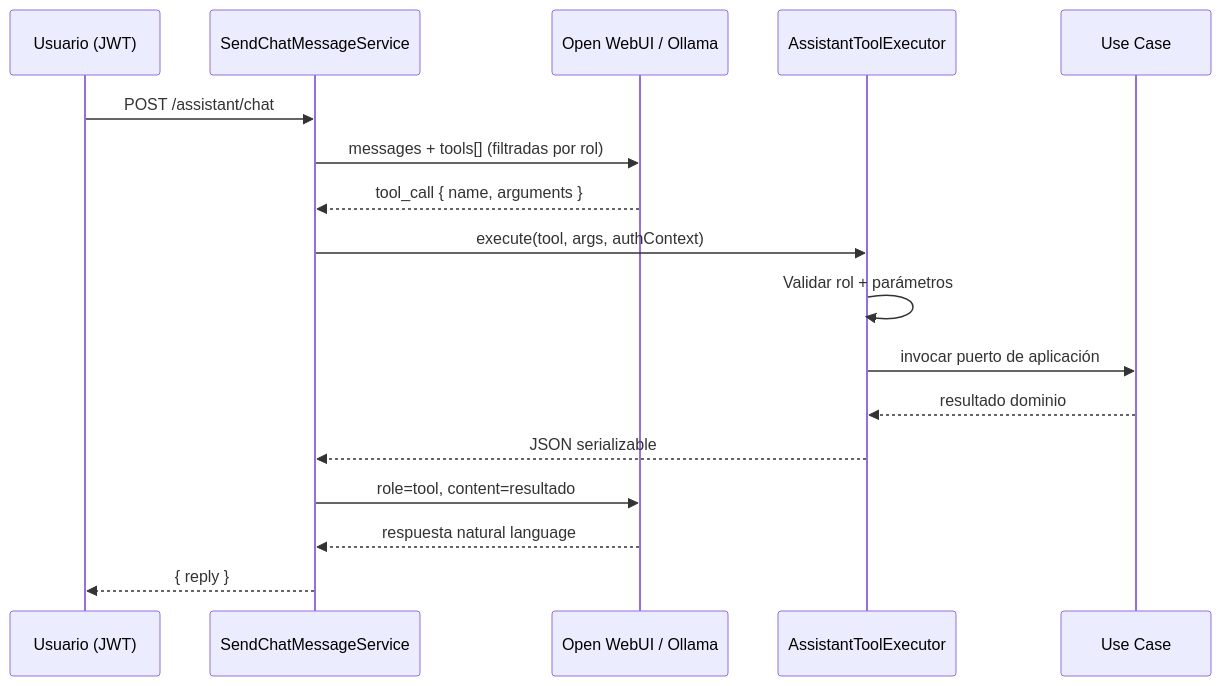
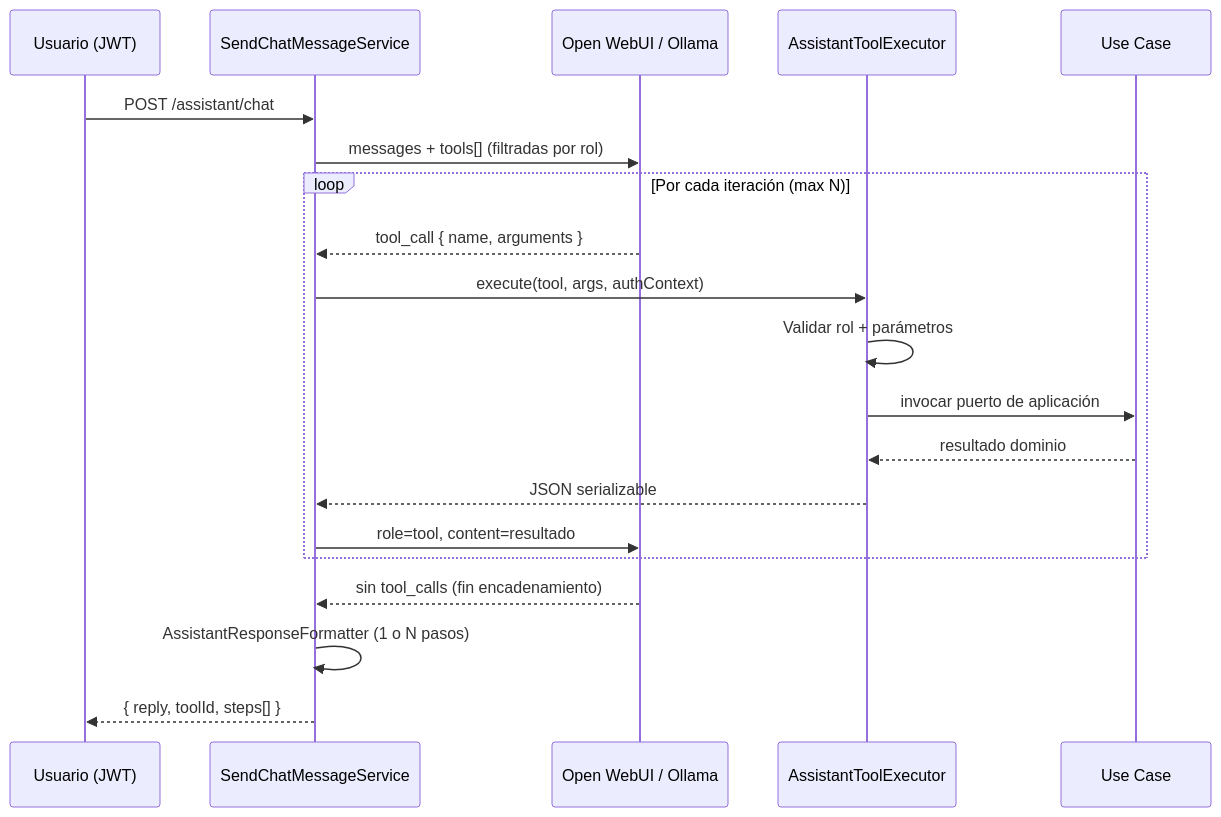
One commit to AcredIA-UMSS/sigesa-acreditacion-umss changed the first of 2 diagrams in docs/design/assistant/TOOL-CATALOG.md. Above: the diagram before and after it, drawn with Mermaid. The commit also changed other lines of this file and 73 other files, not shown here.

````diff
--- a/docs/design/assistant/TOOL-CATALOG.md
+++ b/docs/design/assistant/TOOL-CATALOG.md
@@ -32,20 +32,23 @@
 ```mermaid
 sequenceDiagram
   participant U as Usuario (JWT)
   participant BE as SendChatMessageService
   participant LLM as Open WebUI / Ollama
   participant EX as AssistantToolExecutor
   participant UC as Use Case
 
   U->>BE: POST /assistant/chat
   BE->>LLM: messages + tools[] (filtradas por rol)
-  LLM-->>BE: tool_call { name, arguments }
-  BE->>EX: execute(tool, args, authContext)
-  EX->>EX: Validar rol + parámetros
-  EX->>UC: invocar puerto de aplicación
-  UC-->>EX: resultado dominio
-  EX-->>BE: JSON serializable
-  BE->>LLM: role=tool, content=resultado
-  LLM-->>BE: respuesta natural language
-  BE-->>U: { reply }
+  loop Por cada iteración (max N)
+    LLM-->>BE: tool_call { name, arguments }
+    BE->>EX: execute(tool, args, authContext)
+    EX->>EX: Validar rol + parámetros
+    EX->>UC: invocar puerto de aplicación
+    UC-->>EX: resultado dominio
+    EX-->>BE: JSON serializable
+    BE->>LLM: role=tool, content=resultado
+  end
+  LLM-->>BE: sin tool_calls (fin encadenamiento)
+  BE->>BE: AssistantResponseFormatter (1 o N pasos)
+  BE-->>U: { reply, toolId, steps[] }
 ```
````
